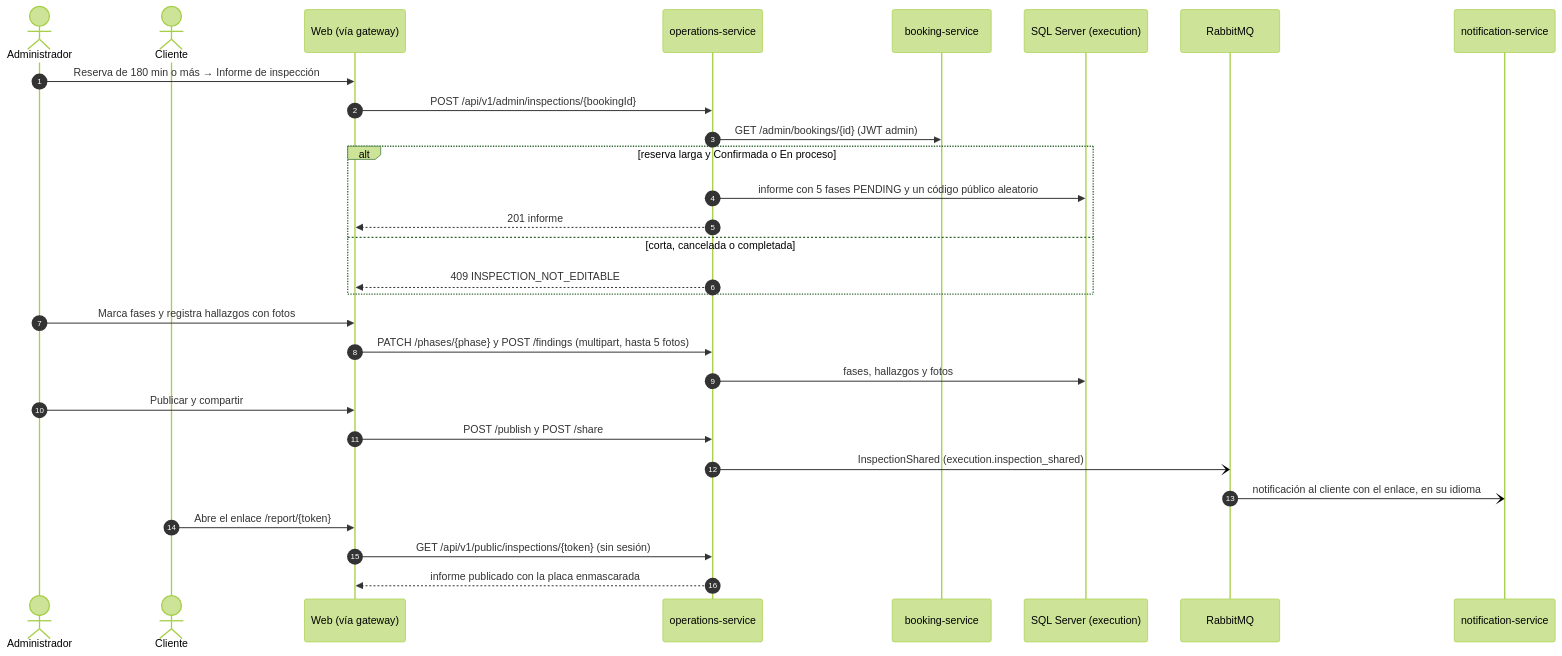
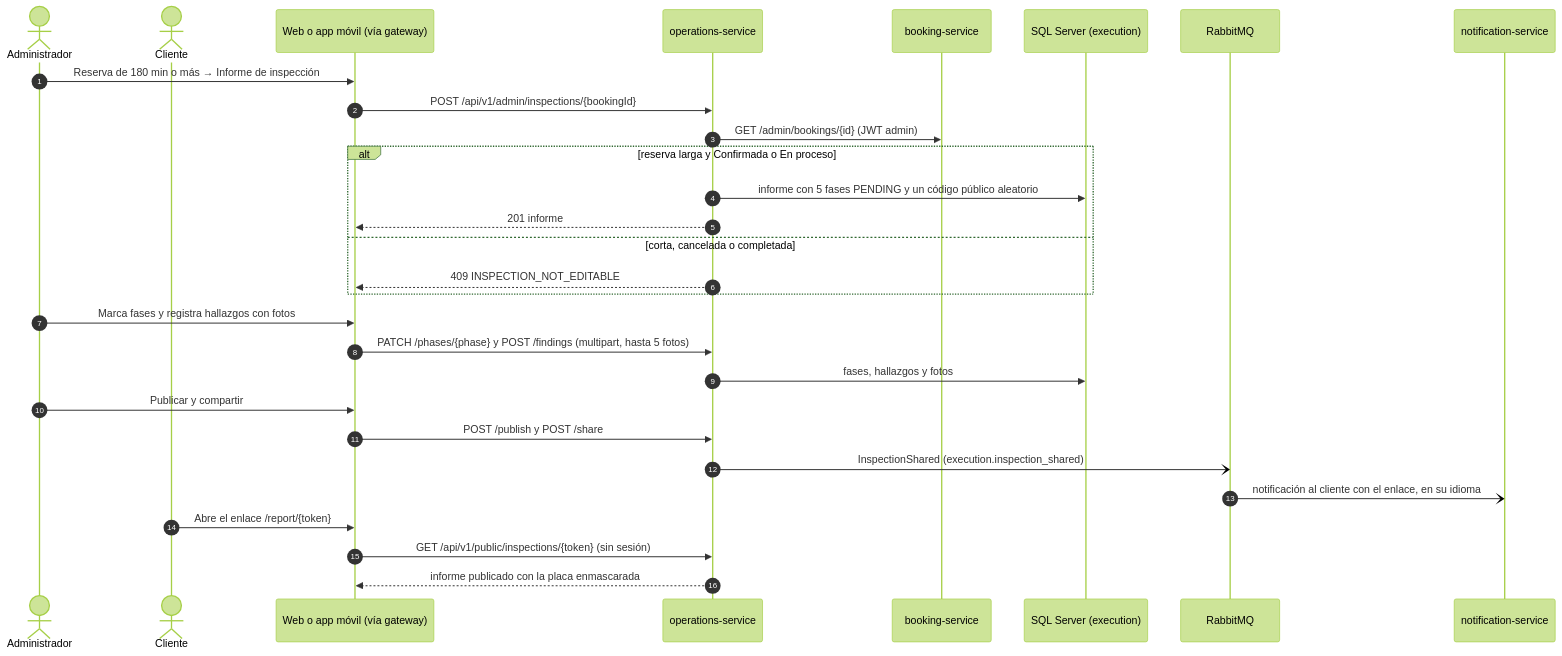
Diagram 13 of 24 in 02_DOCUMENTACION_DE_ANALISIS_DEL_SOFTWARE/ES/MD/documentacion-de-analisis-del-software.md (BrayanCABRERA123/lavarapido-docs), drawn with Mermaid (forest theme) before and after one commit. The commit also changed other lines of this file and 17 other files, not shown here.

````diff
--- a/02_DOCUMENTACION_DE_ANALISIS_DEL_SOFTWARE/ES/MD/documentacion-de-analisis-del-software.md
+++ b/02_DOCUMENTACION_DE_ANALISIS_DEL_SOFTWARE/ES/MD/documentacion-de-analisis-del-software.md
@@ -526,32 +526,32 @@
 ```mermaid
 sequenceDiagram
     autonumber
     actor A as Administrador
     actor C as Cliente
-    participant W as Web (vía gateway)
+    participant W as Web o app móvil (vía gateway)
     participant OP as operations-service
     participant B as booking-service
     participant DB as SQL Server (execution)
     participant MQ as RabbitMQ
     participant N as notification-service
 
     A->>W: Reserva de 180 min o más → Informe de inspección
     W->>OP: POST /api/v1/admin/inspections/{bookingId}
     OP->>B: GET /admin/bookings/{id} (JWT admin)
     alt reserva larga y Confirmada o En proceso
         OP->>DB: informe con 5 fases PENDING y un código público aleatorio
         OP-->>W: 201 informe
     else corta, cancelada o completada
         OP-->>W: 409 INSPECTION_NOT_EDITABLE
     end
     A->>W: Marca fases y registra hallazgos con fotos
     W->>OP: PATCH /phases/{phase} y POST /findings (multipart, hasta 5 fotos)
     OP->>DB: fases, hallazgos y fotos
     A->>W: Publicar y compartir
     W->>OP: POST /publish y POST /share
     OP-)MQ: InspectionShared (execution.inspection_shared)
     MQ-)N: notificación al cliente con el enlace, en su idioma
     C->>W: Abre el enlace /report/{token}
     W->>OP: GET /api/v1/public/inspections/{token} (sin sesión)
     OP-->>W: informe publicado con la placa enmascarada
 ```
````
